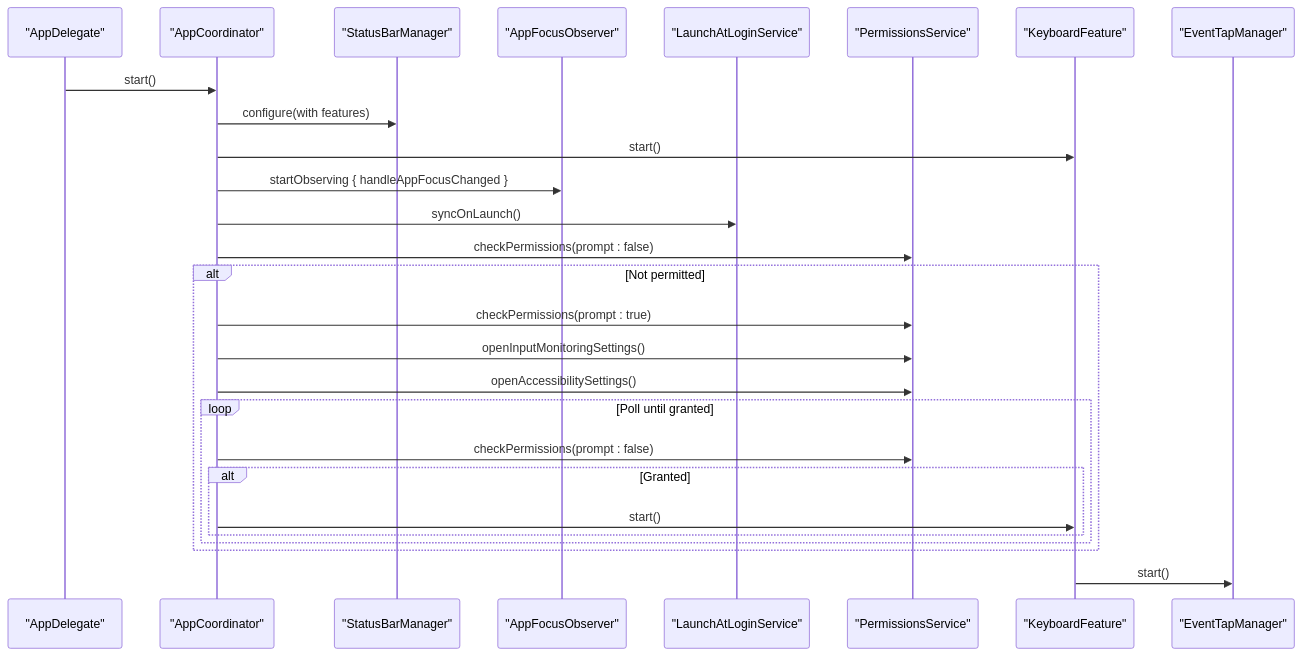
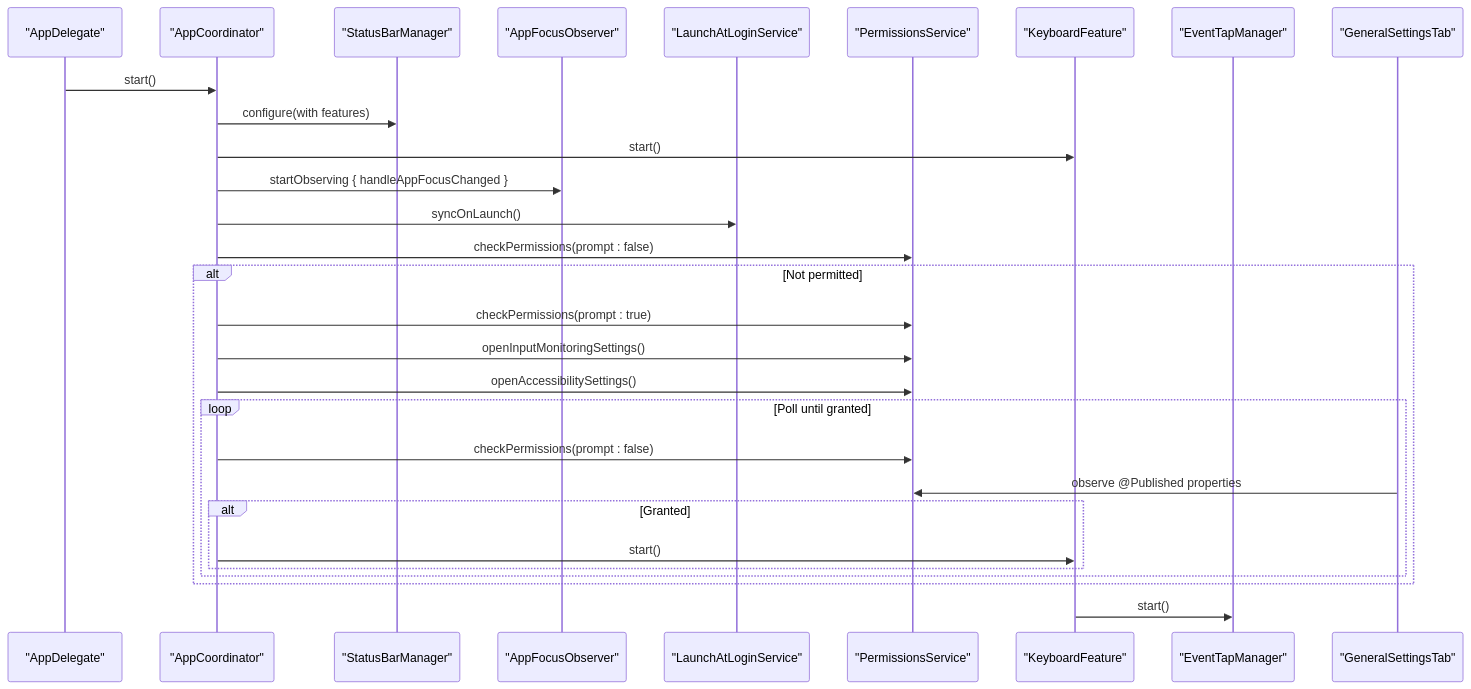
One commit to Nam088/skey changed the second of 9 diagrams in .qoder/repowiki/en/content/Architecture Overview/Application Layer Architecture/System Integration Services.md. Above: the diagram before and after it, drawn with Mermaid. The commit also changed other lines of this file and 169 other files, not shown here.

````diff
--- a/.qoder/repowiki/en/content/Architecture Overview/Application Layer Architecture/System Integration Services.md
+++ b/.qoder/repowiki/en/content/Architecture Overview/Application Layer Architecture/System Integration Services.md
@@ -75,29 +86,31 @@
 ```mermaid
 sequenceDiagram
 participant App as "AppDelegate"
 participant Coord as "AppCoordinator"
 participant SB as "StatusBarManager"
 participant PF as "AppFocusObserver"
 participant LA as "LaunchAtLoginService"
 participant PS as "PermissionsService"
 participant KF as "KeyboardFeature"
 participant ET as "EventTapManager"
+participant UI as "GeneralSettingsTab"
 App->>Coord : start()
 Coord->>SB : configure(with features)
 Coord->>KF : start()
 Coord->>PF : startObserving { handleAppFocusChanged }
 Coord->>LA : syncOnLaunch()
 Coord->>PS : checkPermissions(prompt : false)
 alt Not permitted
 Coord->>PS : checkPermissions(prompt : true)
 Coord->>PS : openInputMonitoringSettings()
 Coord->>PS : openAccessibilitySettings()
 loop Poll until granted
 Coord->>PS : checkPermissions(prompt : false)
+UI->>PS : observe @Published properties
 alt Granted
 Coord->>KF : start()
 end
 end
 end
 KF->>ET : start()
 ```
````
